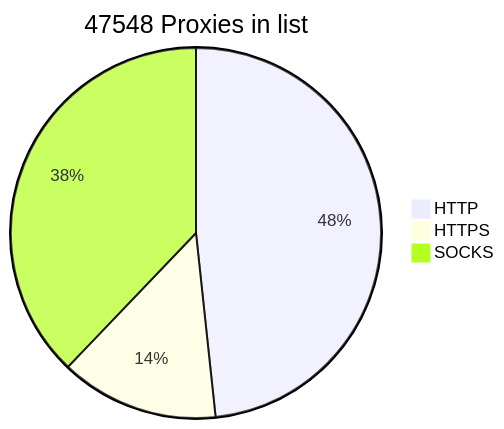
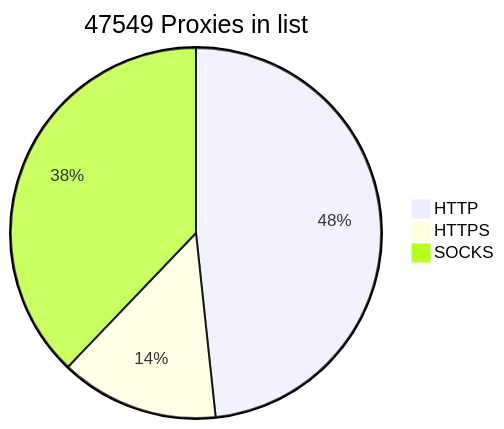
One commit to BlackSnowDot/proxylist-update-every-minute changed the diagram in README.md. Above: the diagram before and after it, drawn with Mermaid.

````diff
--- a/README.md
+++ b/README.md
@@ -2,6 +2,6 @@
 ```mermaid
-pie title 47548 Proxies in list
-    "HTTP" : 25690
+pie title 47549 Proxies in list
+    "HTTP" : 25688
     "HTTPS": 7357
-    "SOCKS" : 20131
+    "SOCKS" : 20132
 ```
````
